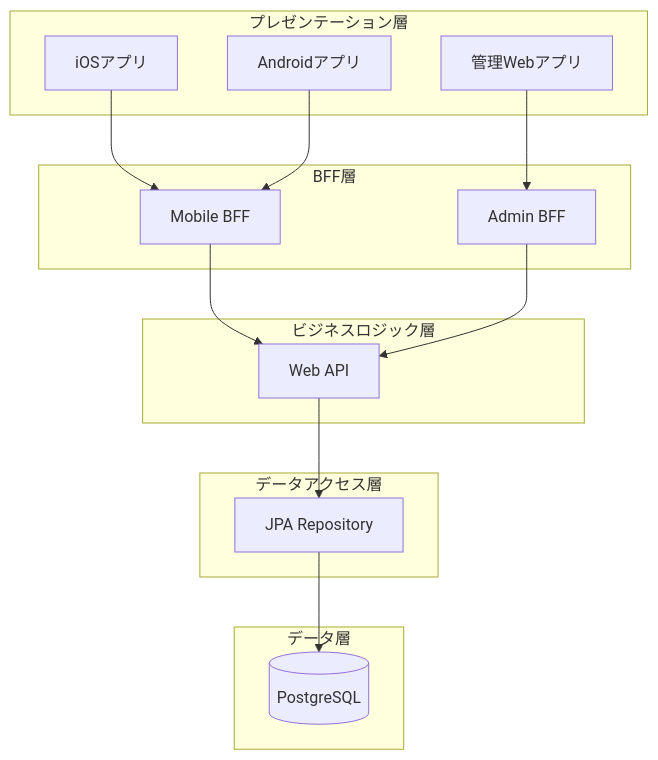
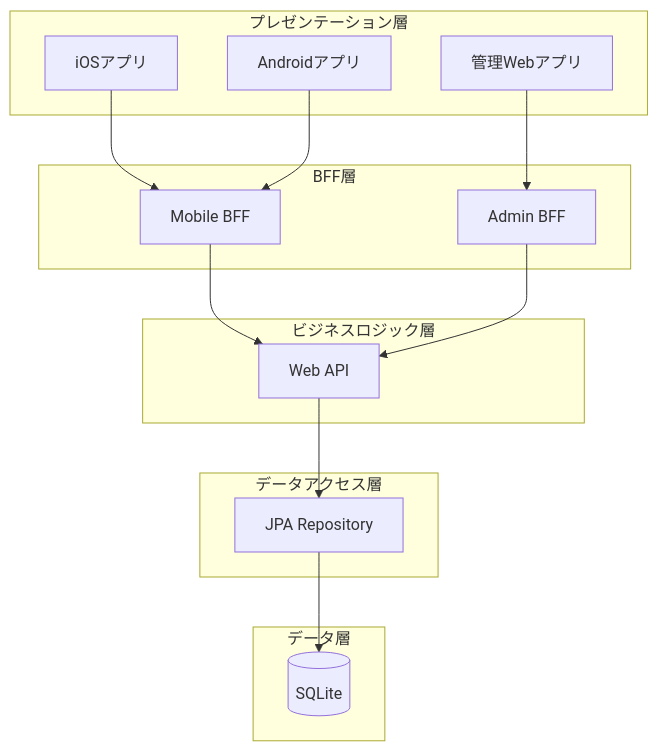
Before and after one commit to Takas0522/ws-demo-mobile-app: the third of 7 diagrams in docs/architecture/00-overview.md, drawn with Mermaid. The commit also changed other lines of this file and 42 other files, not shown here.

First line of the commit message:
docs: update all PostgreSQL references to SQLite

````diff
--- a/docs/architecture/00-overview.md
+++ b/docs/architecture/00-overview.md
@@ -106,33 +106,33 @@
 ```mermaid
 graph TD
     subgraph "プレゼンテーション層"
         P1[iOSアプリ]
         P2[Androidアプリ]
         P3[管理Webアプリ]
     end
     
     subgraph "BFF層"
         B1[Mobile BFF]
         B2[Admin BFF]
     end
     
     subgraph "ビジネスロジック層"
         BL[Web API]
     end
     
     subgraph "データアクセス層"
         DAL[JPA Repository]
     end
     
     subgraph "データ層"
-        DB[(PostgreSQL)]
+        DB[(SQLite)]
     end
     
     P1 --> B1
     P2 --> B1
     P3 --> B2
     B1 --> BL
     B2 --> BL
     BL --> DAL
     DAL --> DB
 ```
````
